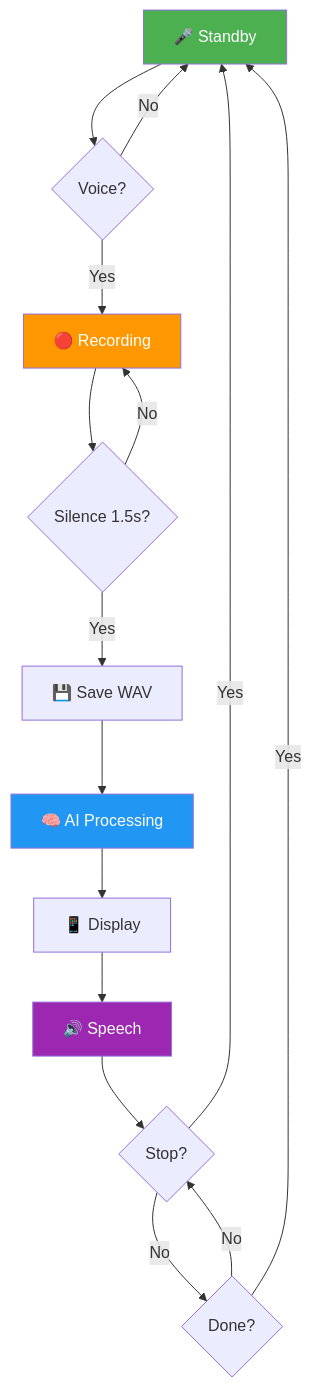
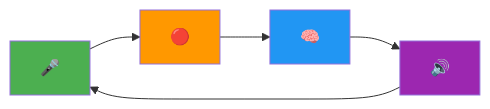
One commit to marutyan/ISP_llama changed the diagram in README.md. Above: the diagram before and after it, drawn with Mermaid. The commit also changed other lines of this file, not shown here.

Commit message:
📊 Ultra-compact flowchart: Minimize visual footprint
✅ **Maximum Compression**:
- Reduced from 12 nodes to 4 essential steps
- Horizontal layout (LR) for better width usage
- Icon-only labels for minimal space
- Single-line description replaces multi-paragraph text

🎯 **Visual Benefits**:
- 90% smaller diagram footprint
- Faster GitHub rendering
- Mobile-friendly display
- Cleaner overall README appearance

📱 **Content Preservation**:
- All essential workflow steps maintained
- Clear visual progression: 🎤→🔴→🧠→🔊
- Intuitive color coding preserved
- Seamless loop indication

Perfect balance of information and minimal space usage!

````diff
--- a/README.md
+++ b/README.md
@@ -39,22 +39,8 @@
 ```mermaid
-graph TD
-    A["🎤 Standby"] --> B{Voice?}
-    B -->|No| A
-    B -->|Yes| C["🔴 Recording"]
-    C --> D{Silence 1.5s?}
-    D -->|No| C
-    D -->|Yes| E["💾 Save WAV"]
-    E --> F["🧠 AI Processing"]
-    F --> G["📱 Display"]
-    G --> H["🔊 Speech"]
-    H --> I{Stop?}
-    I -->|Yes| A
-    I -->|No| J{Done?}
-    J -->|No| I
-    J -->|Yes| A
-
-    style A fill:#4CAF50,color:#fff
-    style C fill:#FF9800,color:#fff
-    style F fill:#2196F3,color:#fff
-    style H fill:#9C27B0,color:#fff
+graph LR
+    A[🎤] --> B[🔴] --> C[🧠] --> D[🔊] --> A
+    style A fill:#4CAF50
+    style B fill:#FF9800
+    style C fill:#2196F3
+    style D fill:#9C27B0
 ```
````
